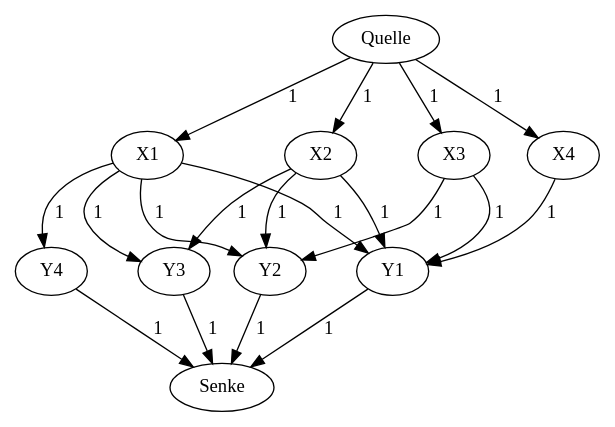
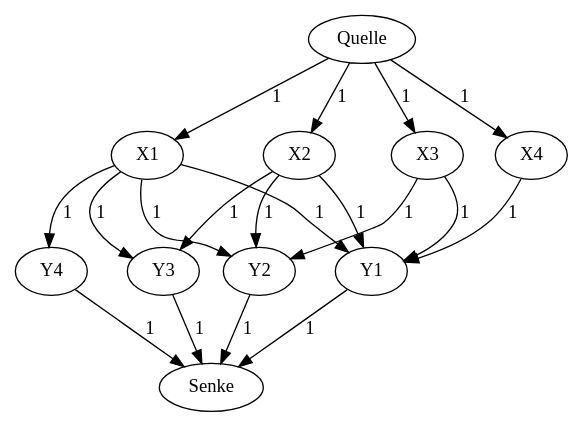
The diagram in io/graph_09.dot (MaxPower9001/B-AI3GKAP), drawn with Graphviz before and after one commit. The commit also changed 21 other files, not shown here.

```diff
--- a/io/graph_09.dot
+++ b/io/graph_09.dot
@@ -1,31 +1,31 @@
 digraph graph_09
 {
 Quelle
 X1
 X2
 X3
 X4
 Y1
 Y2
 Y3
 Y4
 Senke
-Quelle -> X1 [label=" 1  "]
-Quelle -> X2 [label=" 1  "]
-Quelle -> X3 [label=" 1  "]
-Quelle -> X4 [label=" 1  "]
-X1 -> Y1 [label=" 1  "]
-X1 -> Y2 [label=" 1  "]
-X1 -> Y3 [label=" 1  "]
-X1 -> Y4 [label=" 1  "]
-X2 -> Y1 [label=" 1  "]
-X2 -> Y2 [label=" 1  "]
-X2 -> Y3 [label=" 1  "]
-X3 -> Y1 [label=" 1  "]
-X3 -> Y2 [label=" 1  "]
-X4 -> Y1 [label=" 1  "]
-Y1 -> Senke [label=" 1  "]
-Y2 -> Senke [label=" 1  "]
-Y3 -> Senke [label=" 1  "]
-Y4 -> Senke [label=" 1  "]
+Quelle -> X1 [label="1  "]
+Quelle -> X2 [label="1  "]
+Quelle -> X3 [label="1  "]
+Quelle -> X4 [label="1  "]
+X1 -> Y1 [label="1  "]
+X1 -> Y2 [label="1  "]
+X1 -> Y3 [label="1  "]
+X1 -> Y4 [label="1  "]
+X2 -> Y1 [label="1  "]
+X2 -> Y2 [label="1  "]
+X2 -> Y3 [label="1  "]
+X3 -> Y1 [label="1  "]
+X3 -> Y2 [label="1  "]
+X4 -> Y1 [label="1  "]
+Y1 -> Senke [label="1  "]
+Y2 -> Senke [label="1  "]
+Y3 -> Senke [label="1  "]
+Y4 -> Senke [label="1  "]
 }
```
